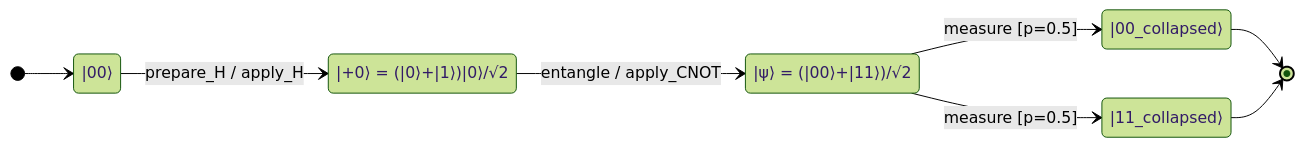
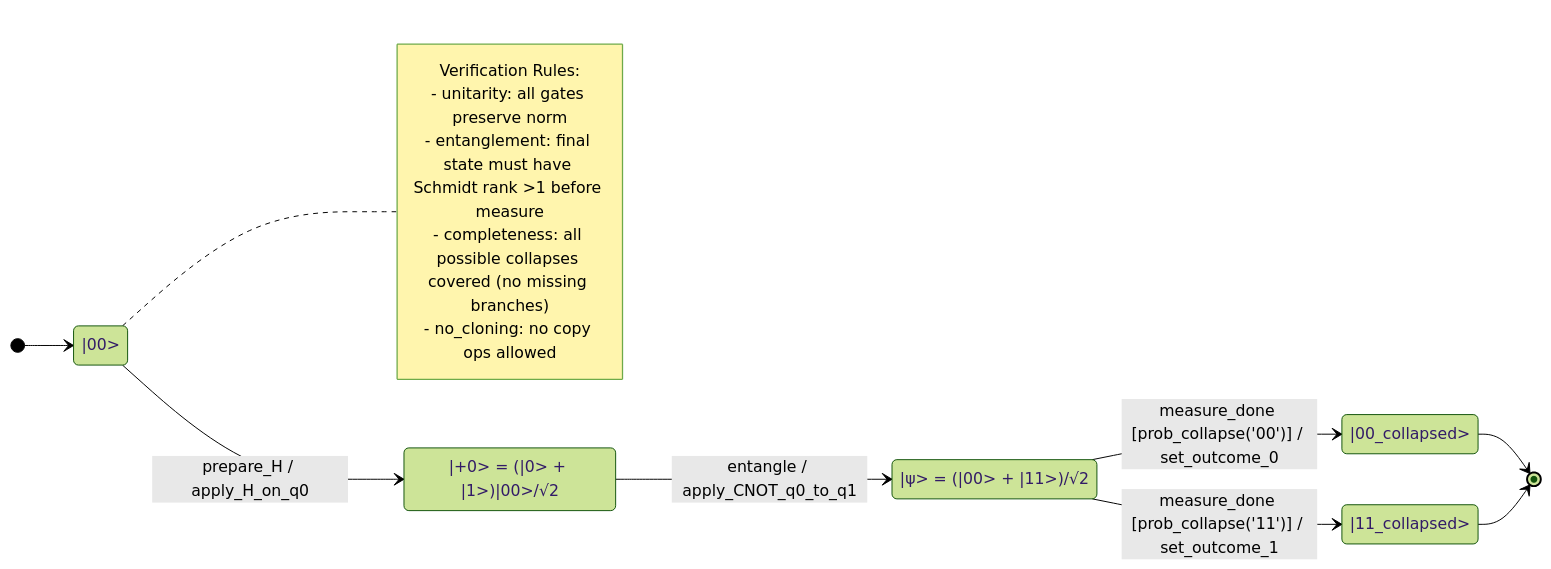
The first of 2 diagrams in README.md (jascal/q-orca-lang), drawn with Mermaid (forest theme) before and after one commit. The commit also changed other lines of this file and 22 other files, not shown here.

````diff
--- a/README.md
+++ b/README.md
@@ -127,18 +243,27 @@
 ```mermaid
 stateDiagram-v2
   direction LR
 
-  s00 : |00⟩
-  sPlus : |+0⟩ = (|0⟩+|1⟩)|0⟩/√2
-  sPsi : |ψ⟩ = (|00⟩+|11⟩)/√2
-  s00c : |00_collapsed⟩
-  s11c : |11_collapsed⟩
+  00 : |00>
+  0 : |+0> = (|0> + |1>)|00>/√2
+  unnamed : |ψ> = (|00> + |11>)/√2
+  00_collapsed : |00_collapsed>
+  11_collapsed : |11_collapsed>
 
-  [*] --> s00
-  s00 --> sPlus : prepare_H / apply_H
-  sPlus --> sPsi : entangle / apply_CNOT
-  sPsi --> s00c : measure [p=0.5]
-  sPsi --> s11c : measure [p=0.5]
-  s00c --> [*]
-  s11c --> [*]
+  [*] --> 00
+  00_collapsed --> [*]
+  11_collapsed --> [*]
+
+  00 --> 0 : prepare_H / apply_H_on_q0
+  0 --> unnamed : entangle / apply_CNOT_q0_to_q1
+  unnamed --> 00_collapsed : measure_done [prob_collapse('00')] / set_outcome_0
+  unnamed --> 11_collapsed : measure_done [prob_collapse('11')] / set_outcome_1
+
+  note right of 00
+    Verification Rules:
+    - unitarity: all gates preserve norm
+    - entanglement: final state must have Schmidt rank >1 before measure
+    - completeness: all possible collapses covered (no missing branches)
+    - no_cloning: no copy ops allowed
+  end note
 ```
````
